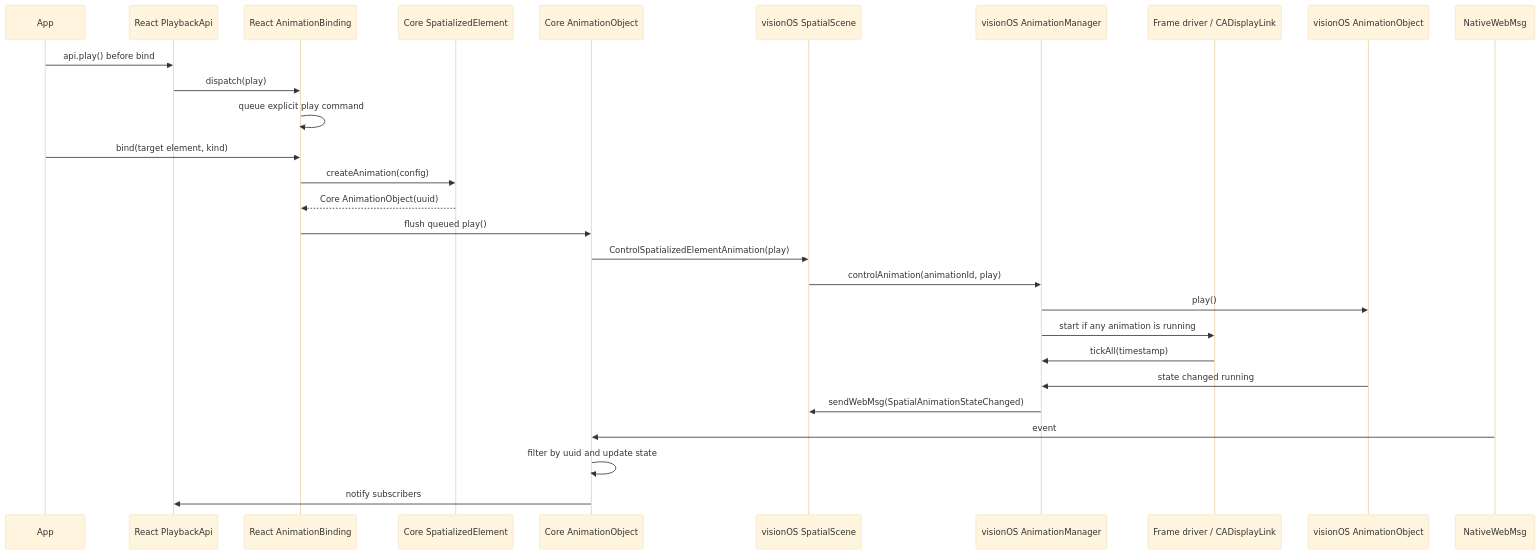
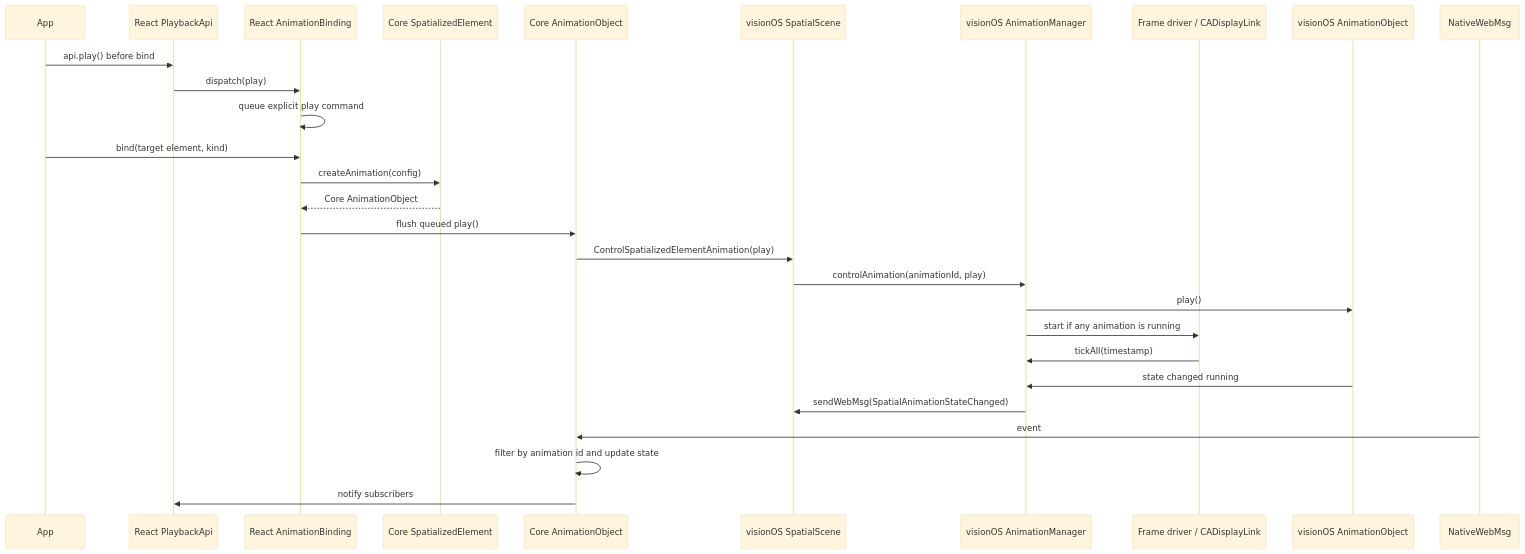
Before and after one commit to webspatial/webspatial-sdk: the third of 6 diagrams in openspec/changes/spatialized-element-motion-api/design.zh.md, drawn with Mermaid (base theme). The commit also changed other lines of this file and 9 other files, not shown here.

Commit message:
refactor: remove AnimationObject uuid public API

````diff
--- a/openspec/changes/spatialized-element-motion-api/design.zh.md
+++ b/openspec/changes/spatialized-element-motion-api/design.zh.md
@@ -330,33 +330,33 @@
 ```mermaid
 sequenceDiagram
   participant App
   participant API as React PlaybackApi
   participant Binding as React AnimationBinding
   participant Element as Core SpatializedElement
   participant CoreObj as Core AnimationObject
   participant Scene as visionOS SpatialScene
   participant Manager as visionOS AnimationManager
   participant Driver as Frame driver / CADisplayLink
   participant NativeObj as visionOS AnimationObject
   participant WebMsg as NativeWebMsg
 
   App->>API: api.play() before bind
   API->>Binding: dispatch(play)
   Binding->>Binding: queue explicit play command
 
   App->>Binding: bind(target element, kind)
   Binding->>Element: createAnimation(config)
-  Element-->>Binding: Core AnimationObject(uuid)
+  Element-->>Binding: Core AnimationObject
 
   Binding->>CoreObj: flush queued play()
   CoreObj->>Scene: ControlSpatializedElementAnimation(play)
   Scene->>Manager: controlAnimation(animationId, play)
   Manager->>NativeObj: play()
   Manager->>Driver: start if any animation is running
   Driver->>Manager: tickAll(timestamp)
   NativeObj->>Manager: state changed running
   Manager->>Scene: sendWebMsg(SpatialAnimationStateChanged)
   WebMsg->>CoreObj: event
-  CoreObj->>CoreObj: filter by uuid and update state
+  CoreObj->>CoreObj: filter by animation id and update state
   CoreObj->>API: notify subscribers
 ```
````
